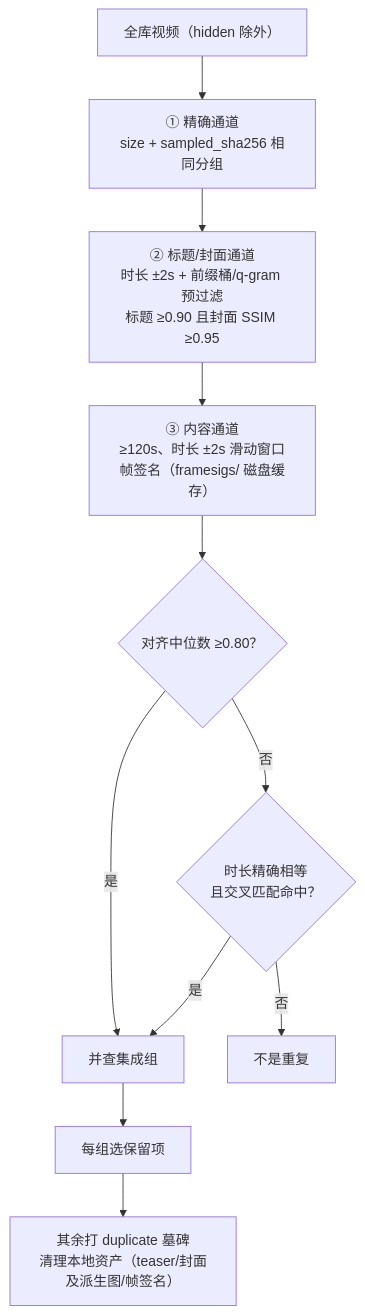
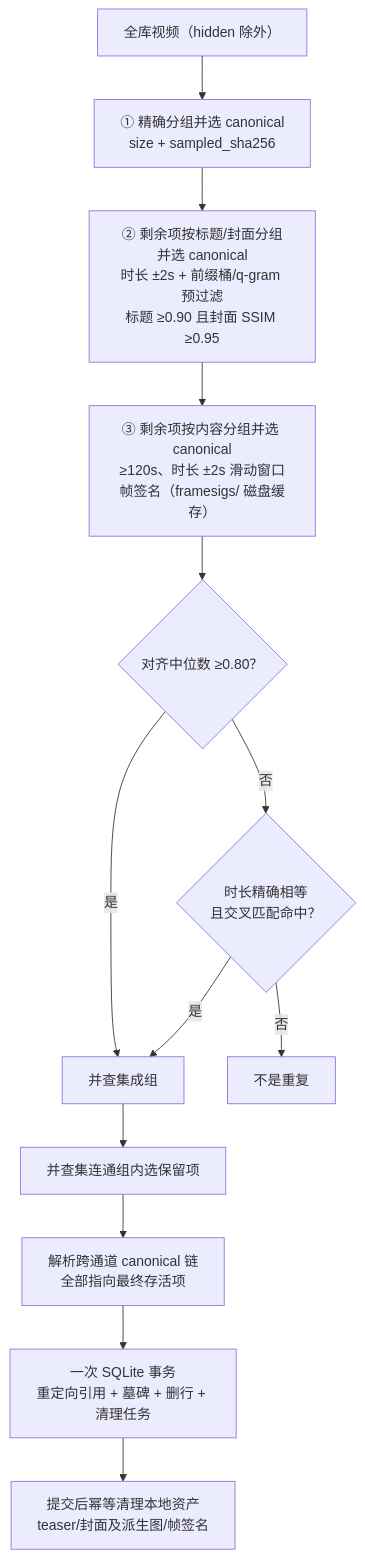
Before and after one commit to BAIBAIGE/91: the third of 3 diagrams in backend/docs/DEDUP.md, drawn with Mermaid. The commit also changed other lines of this file and 21 other files, not shown here.

````diff
--- a/backend/docs/DEDUP.md
+++ b/backend/docs/DEDUP.md
@@ -65,13 +67,15 @@
 ```mermaid
 flowchart TD
-    S["全库视频（hidden 除外）"] --> E1["① 精确通道<br/>size + sampled_sha256 相同分组"]
-    E1 --> E2["② 标题/封面通道<br/>时长 ±2s + 前缀桶/q-gram 预过滤<br/>标题 ≥0.90 且封面 SSIM ≥0.95"]
-    E2 --> E3["③ 内容通道<br/>≥120s、时长 ±2s 滑动窗口<br/>帧签名（framesigs/ 磁盘缓存）"]
+    S["全库视频（hidden 除外）"] --> E1["① 精确分组并选 canonical<br/>size + sampled_sha256"]
+    E1 --> E2["② 剩余项按标题/封面分组并选 canonical<br/>时长 ±2s + 前缀桶/q-gram 预过滤<br/>标题 ≥0.90 且封面 SSIM ≥0.95"]
+    E2 --> E3["③ 剩余项按内容分组并选 canonical<br/>≥120s、时长 ±2s 滑动窗口<br/>帧签名（framesigs/ 磁盘缓存）"]
     E3 --> R1{"对齐中位数 ≥0.80？"}
     R1 -- 是 --> DUP["并查集成组"]
     R1 -- 否 --> CR{"时长精确相等<br/>且交叉匹配命中？"}
     CR -- 是 --> DUP
     CR -- 否 --> PASS["不是重复"]
-    DUP --> CANON["每组选保留项"]
-    CANON --> DEL["其余打 duplicate 墓碑<br/>清理本地资产（teaser/封面及派生图/帧签名）"]
+    DUP --> CANON["并查集连通组内选保留项"]
+    CANON --> FINAL["解析跨通道 canonical 链<br/>全部指向最终存活项"]
+    FINAL --> TX["一次 SQLite 事务<br/>重定向引用 + 墓碑 + 删行 + 清理任务"]
+    TX --> DEL["提交后幂等清理本地资产<br/>teaser/封面及派生图/帧签名"]
 ```
````
